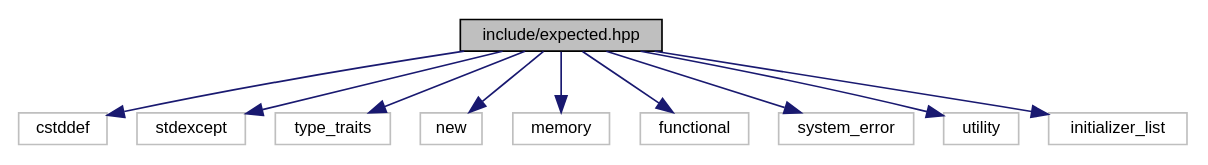
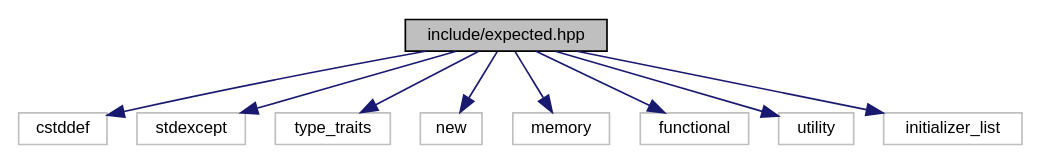
One commit to bitwizeshift/result changed the diagram in api/latest/d9/dde/expected_8hpp__incl.dot. Above: the diagram before and after it, drawn with Graphviz. The commit also changed 17 other files, not shown here.

```diff
--- a/api/latest/d9/dde/expected_8hpp__incl.dot
+++ b/api/latest/d9/dde/expected_8hpp__incl.dot
@@ -1,24 +1,22 @@
 digraph "include/expected.hpp"
 {
   edge [fontname="Helvetica",fontsize="10",labelfontname="Helvetica",labelfontsize="10"];
   node [fontname="Helvetica",fontsize="10",shape=record];
   Node0 [label="include/expected.hpp",height=0.2,width=0.4,color="black", fillcolor="grey75", style="filled", fontcolor="black"];
   Node0 -> Node1 [color="midnightblue",fontsize="10",style="solid",fontname="Helvetica"];
   Node1 [label="cstddef",height=0.2,width=0.4,color="grey75", fillcolor="white", style="filled"];
   Node0 -> Node2 [color="midnightblue",fontsize="10",style="solid",fontname="Helvetica"];
   Node2 [label="stdexcept",height=0.2,width=0.4,color="grey75", fillcolor="white", style="filled"];
   Node0 -> Node3 [color="midnightblue",fontsize="10",style="solid",fontname="Helvetica"];
   Node3 [label="type_traits",height=0.2,width=0.4,color="grey75", fillcolor="white", style="filled"];
   Node0 -> Node4 [color="midnightblue",fontsize="10",style="solid",fontname="Helvetica"];
   Node4 [label="new",height=0.2,width=0.4,color="grey75", fillcolor="white", style="filled"];
   Node0 -> Node5 [color="midnightblue",fontsize="10",style="solid",fontname="Helvetica"];
   Node5 [label="memory",height=0.2,width=0.4,color="grey75", fillcolor="white", style="filled"];
   Node0 -> Node6 [color="midnightblue",fontsize="10",style="solid",fontname="Helvetica"];
   Node6 [label="functional",height=0.2,width=0.4,color="grey75", fillcolor="white", style="filled"];
   Node0 -> Node7 [color="midnightblue",fontsize="10",style="solid",fontname="Helvetica"];
-  Node7 [label="system_error",height=0.2,width=0.4,color="grey75", fillcolor="white", style="filled"];
+  Node7 [label="utility",height=0.2,width=0.4,color="grey75", fillcolor="white", style="filled"];
   Node0 -> Node8 [color="midnightblue",fontsize="10",style="solid",fontname="Helvetica"];
-  Node8 [label="utility",height=0.2,width=0.4,color="grey75", fillcolor="white", style="filled"];
-  Node0 -> Node9 [color="midnightblue",fontsize="10",style="solid",fontname="Helvetica"];
-  Node9 [label="initializer_list",height=0.2,width=0.4,color="grey75", fillcolor="white", style="filled"];
+  Node8 [label="initializer_list",height=0.2,width=0.4,color="grey75", fillcolor="white", style="filled"];
 }
```
